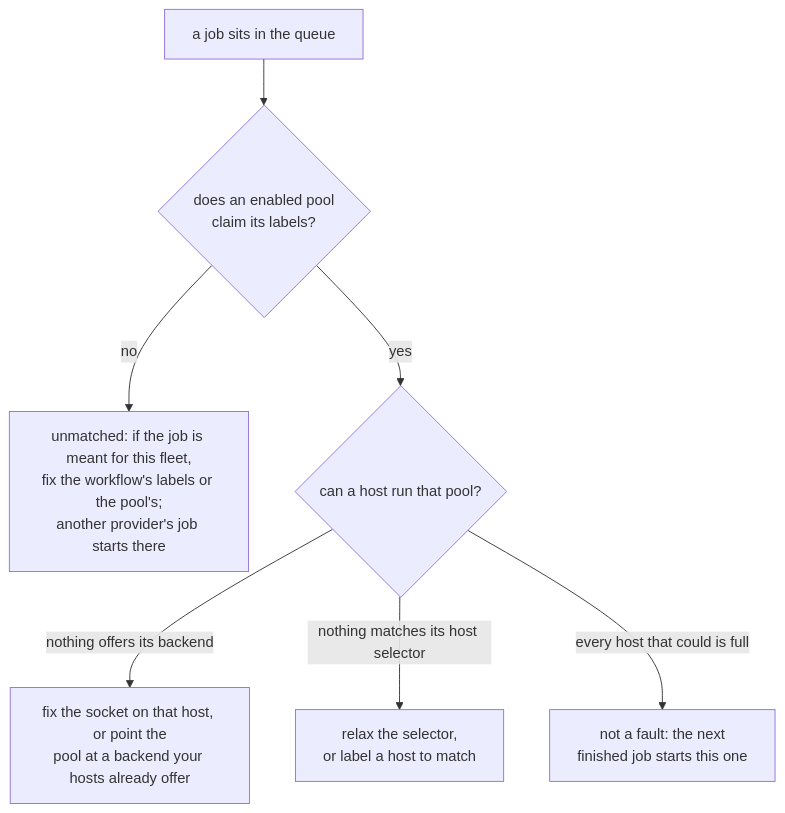
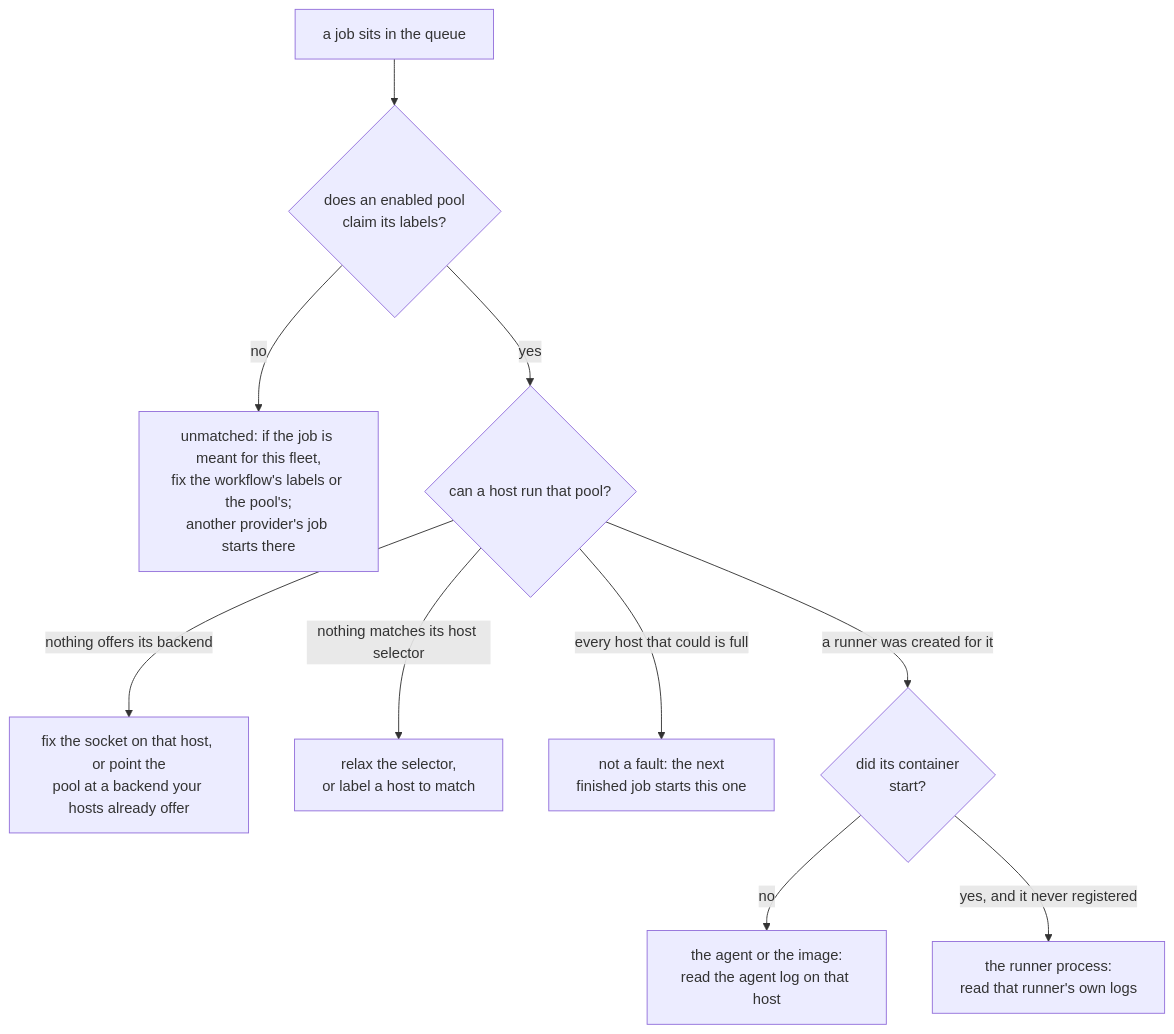
The diagram in docs/troubleshooting.md (eyupio/zoomies), drawn with Mermaid before and after one commit. The commit also changed other lines of this file and 6 other files, not shown here.

````diff
--- a/docs/troubleshooting.md
+++ b/docs/troubleshooting.md
@@ -75,9 +75,12 @@
 ```mermaid
 flowchart TB
     j["a job sits in the queue"] --> p{"does an enabled pool<br/>claim its labels?"}
     p -->|"no"| unm["unmatched: if the job is meant for this fleet,<br/>fix the workflow's labels or the pool's;<br/>another provider's job starts there"]
     p -->|"yes"| h{"can a host run that pool?"}
     h -->|"nothing offers its backend"| b["fix the socket on that host, or point the<br/>pool at a backend your hosts already offer"]
     h -->|"nothing matches its host selector"| sel["relax the selector,<br/>or label a host to match"]
     h -->|"every host that could is full"| full["not a fault: the next<br/>finished job starts this one"]
+    h -->|"a runner was created for it"| s{"did its container<br/>start?"}
+    s -->|"no"| hostside["the agent or the image:<br/>read the agent log on that host"]
+    s -->|"yes, and it never registered"| runnerside["the runner process:<br/>read that runner's own logs"]
 ```
````
